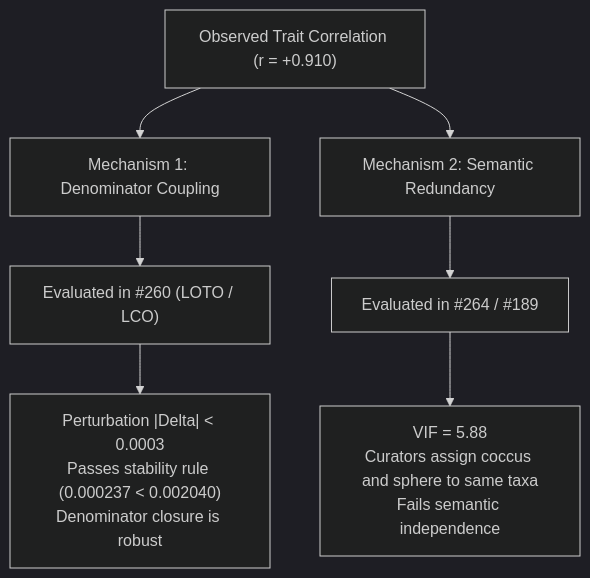
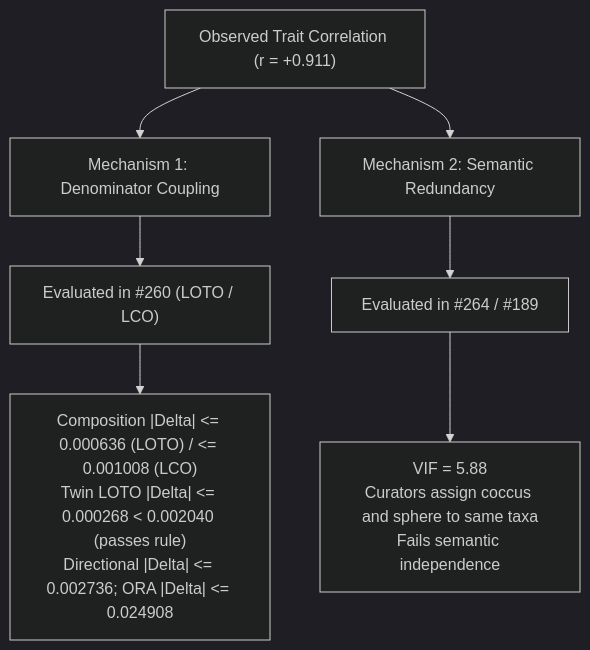
Before and after one commit to CultureBotAI/microbial-trait-profiling: the diagram in methods/trait_coupling_sensitivity.md, drawn with Mermaid (dark theme). The commit also changed other lines of this file and 20 other files, not shown here.

````diff
--- a/methods/trait_coupling_sensitivity.md
+++ b/methods/trait_coupling_sensitivity.md
@@ -151,9 +154,9 @@
 ```mermaid
 flowchart TD
-    A["Observed Trait Correlation (r = +0.910)"] --> B["Mechanism 1: Denominator Coupling"]
+    A["Observed Trait Correlation (r = +0.911)"] --> B["Mechanism 1: Denominator Coupling"]
     A --> C["Mechanism 2: Semantic Redundancy"]
     B --> D["Evaluated in #260 (LOTO / LCO)"]
     C --> E["Evaluated in #264 / #189"]
-    D --> F["Perturbation |Delta| < 0.0003<br/>Passes stability rule (0.000237 < 0.002040)<br/>Denominator closure is robust"]
+    D --> F["Composition |Delta| <= 0.000636 (LOTO) / <= 0.001008 (LCO)<br/>Twin LOTO |Delta| <= 0.000268 < 0.002040 (passes rule)<br/>Directional |Delta| <= 0.002736; ORA |Delta| <= 0.024908"]
     E --> G["VIF = 5.88<br/>Curators assign coccus and sphere to same taxa<br/>Fails semantic independence"]
 ```
````
